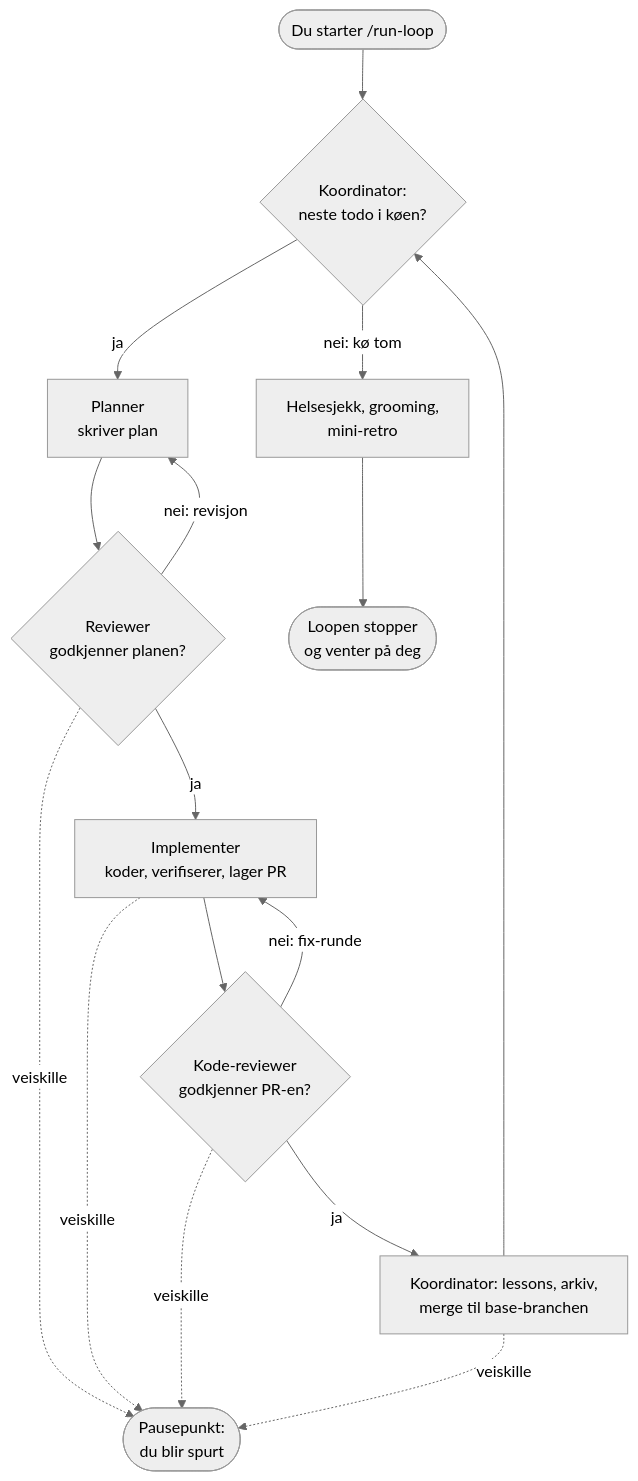
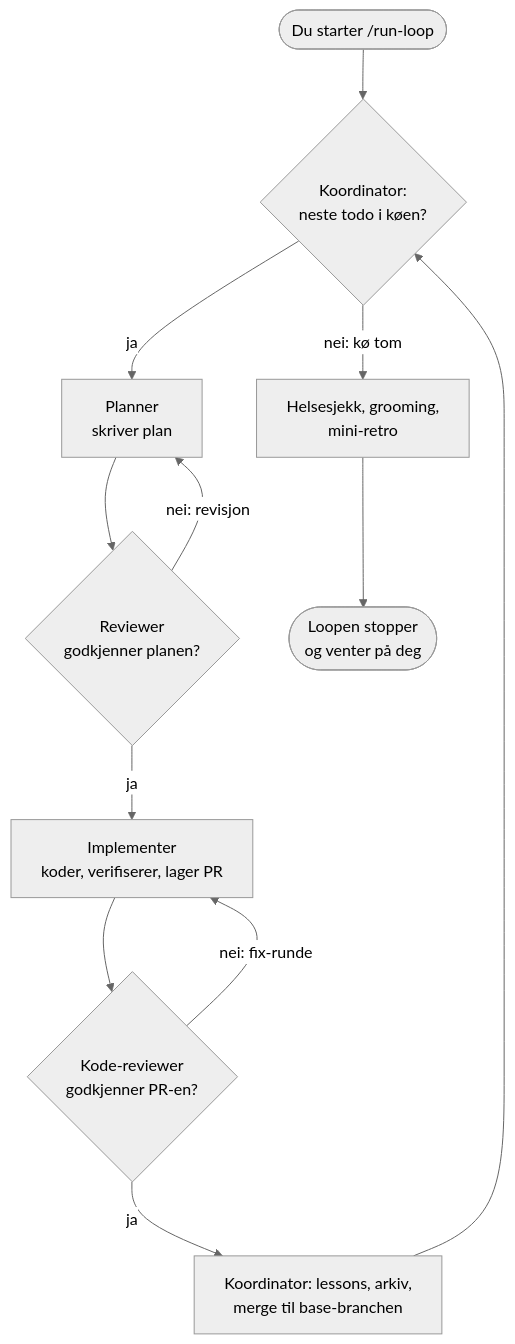
The diagram in v3-agent-orchestrator/templates/docs/orchestration-loop.md (toreolavfurreness/claudecode), drawn with Mermaid (neutral theme) before and after one commit. The commit also changed other lines of this file and 3 other files, not shown here.

First line of the commit message:
docs(v3): flytdiagrammene som håndlagte SVG-er i stedet for mermaid

````diff
--- a/v3-agent-orchestrator/templates/docs/orchestration-loop.md
+++ b/v3-agent-orchestrator/templates/docs/orchestration-loop.md
@@ -24,18 +24,14 @@
 ```mermaid
 flowchart TD
     START(["Du starter /run-loop"]) --> S1{"Koordinator:<br/>neste todo i køen?"}
     S1 -- "ja" --> S3["Planner<br/>skriver plan"]
     S3 --> S4{"Reviewer<br/>godkjenner planen?"}
     S4 -- "nei: revisjon" --> S3
     S4 -- "ja" --> S5["Implementer<br/>koder, verifiserer, lager PR"]
     S5 --> S5B{"Kode-reviewer<br/>godkjenner PR-en?"}
     S5B -- "nei: fix-runde" --> S5
     S5B -- "ja" --> S6["Koordinator: lessons, arkiv,<br/>merge til base-branchen"]
     S6 --> S1
     S1 -- "nei: kø tom" --> HC["Helsesjekk, grooming,<br/>mini-retro"]
     HC --> STOP(["Loopen stopper<br/>og venter på deg"])
-    S4 -. "veiskille" .-> PAUSE(["Pausepunkt:<br/>du blir spurt"])
-    S5 -. "veiskille" .-> PAUSE
-    S5B -. "veiskille" .-> PAUSE
-    S6 -. "veiskille" .-> PAUSE
 ```
````
